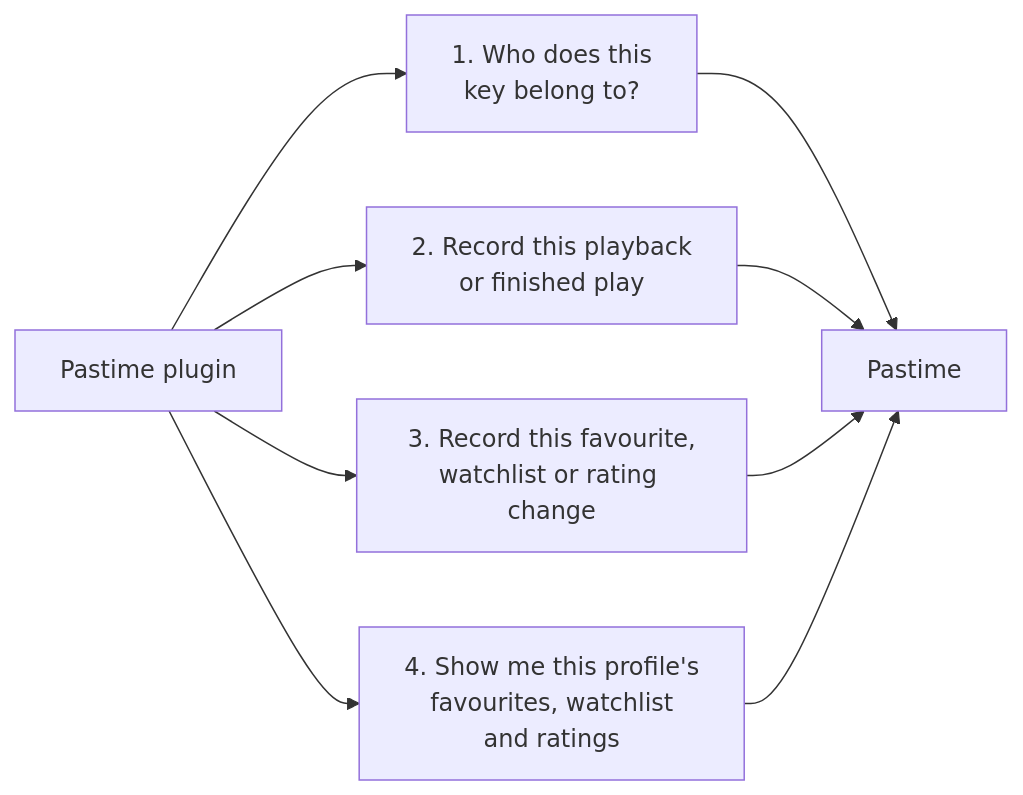
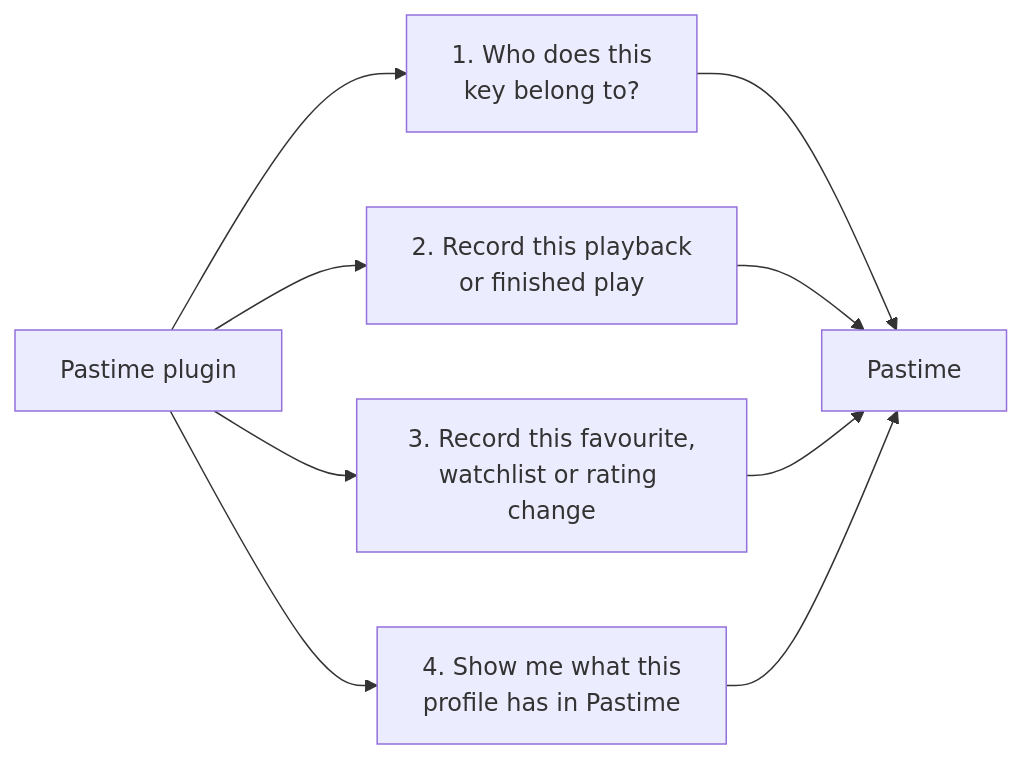
One commit to Bloem-Studios/bloem-plugin-pastime changed the diagram in docs/protocol.md. Above: the diagram before and after it, drawn with Mermaid. The commit also changed other lines of this file and 4 other files, not shown here.

````diff
--- a/docs/protocol.md
+++ b/docs/protocol.md
@@ -13,7 +13,7 @@
 ```mermaid
 flowchart LR
   G["Pastime plugin"] --> Q1["1. Who does this<br/>key belong to?"] --> T["Pastime"]
   G --> Q2["2. Record this playback<br/>or finished play"] --> T
   G --> Q3["3. Record this favourite,<br/>watchlist or rating change"] --> T
-  G --> Q4["4. Show me this profile's<br/>favourites, watchlist<br/>and ratings"] --> T
+  G --> Q4["4. Show me what this<br/>profile has in Pastime"] --> T
 ```
````
